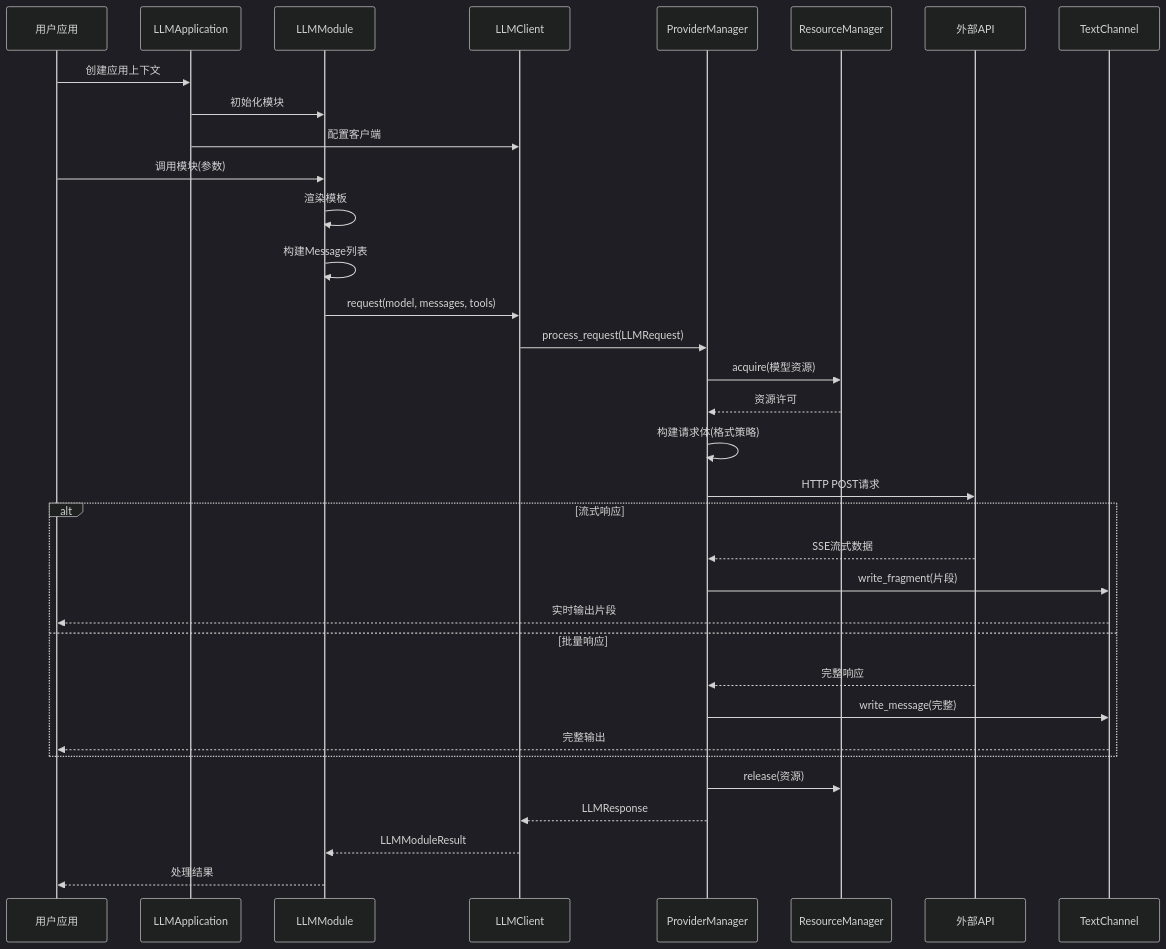
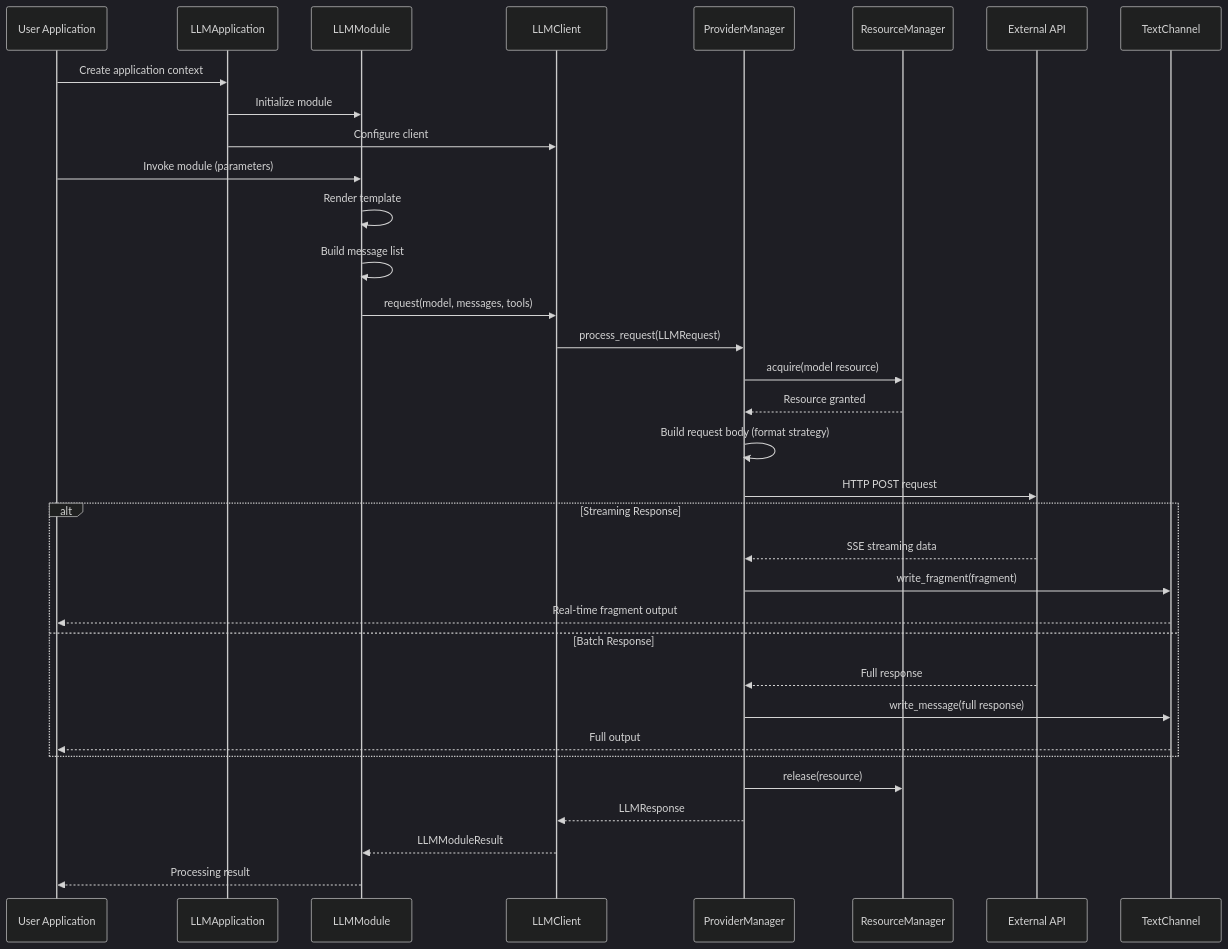
Before and after one commit to gumblex/aitoolman: the third of 3 diagrams in README.md, drawn with Mermaid (dark theme). The commit also changed other lines of this file and 11 other files, not shown here.

````diff
--- a/README.md
+++ b/README.md
@@ -142,45 +142,45 @@
 ```mermaid
 sequenceDiagram
-    participant User as 用户应用
+    participant User as User Application
     participant App as LLMApplication
     participant Module as LLMModule
     participant Client as LLMClient
     participant Provider as ProviderManager
     participant Resource as ResourceManager
-    participant API as 外部API
+    participant API as External API
     participant Channel as TextChannel
     
-    User->>App: 创建应用上下文
-    App->>Module: 初始化模块
-    App->>Client: 配置客户端
+    User->>App: Create application context
+    App->>Module: Initialize module
+    App->>Client: Configure client
     
-    User->>Module: 调用模块(参数)
+    User->>Module: Invoke module (parameters)
     
-    Module->>Module: 渲染模板
-    Module->>Module: 构建Message列表
+    Module->>Module: Render template
+    Module->>Module: Build message list
     Module->>Client: request(model, messages, tools)
     
     Client->>Provider: process_request(LLMRequest)
     
-    Provider->>Resource: acquire(模型资源)
-    Resource-->>Provider: 资源许可
+    Provider->>Resource: acquire(model resource)
+    Resource-->>Provider: Resource granted
     
-    Provider->>Provider: 构建请求体(格式策略)
-    Provider->>API: HTTP POST请求
+    Provider->>Provider: Build request body (format strategy)
+    Provider->>API: HTTP POST request
     
-    alt 流式响应
-        API-->>Provider: SSE流式数据
-        Provider->>Channel: write_fragment(片段)
-        Channel-->>User: 实时输出片段
-    else 批量响应
-        API-->>Provider: 完整响应
-        Provider->>Channel: write_message(完整)
-        Channel-->>User: 完整输出
+    alt Streaming Response
+        API-->>Provider: SSE streaming data
+        Provider->>Channel: write_fragment(fragment)
+        Channel-->>User: Real-time fragment output
+    else Batch Response
+        API-->>Provider: Full response
+        Provider->>Channel: write_message(full response)
+        Channel-->>User: Full output
     end
     
-    Provider->>Resource: release(资源)
+    Provider->>Resource: release(resource)
     
     Provider-->>Client: LLMResponse
     Client-->>Module: LLMModuleResult
-    Module-->>User: 处理结果
+    Module-->>User: Processing result
 ```
````
